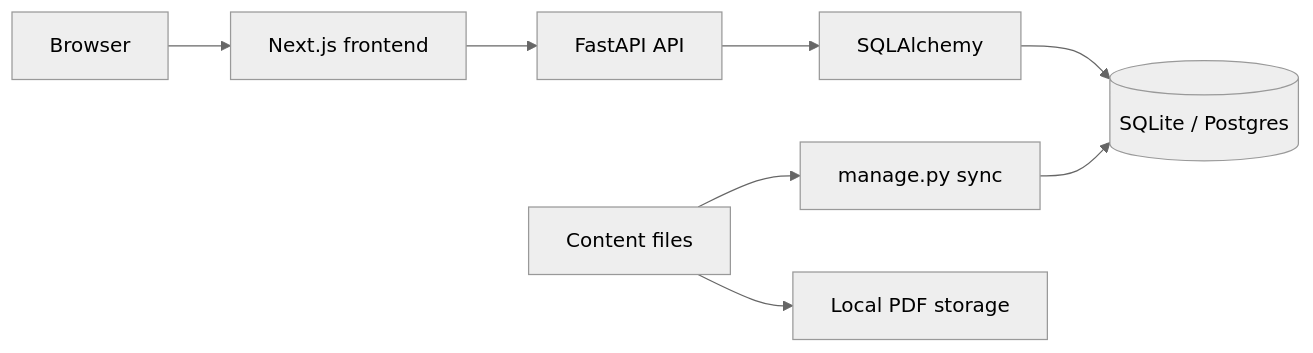
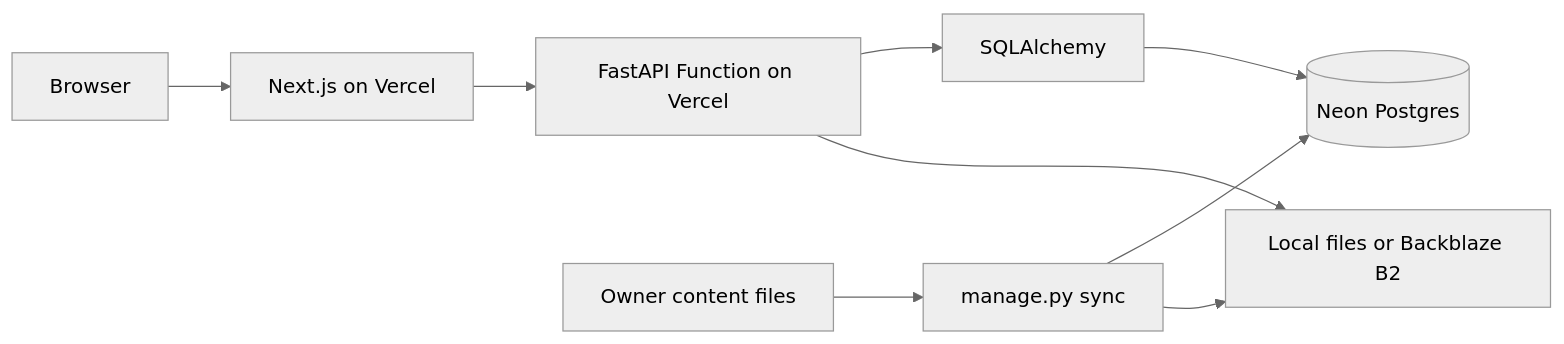
The diagram in docs/architecture.md (saptadeep12/NotesNest), drawn with Mermaid (neutral theme) before and after one commit. The commit also changed other lines of this file and 18 other files, not shown here.

First line of the commit message:
feat: restore deployment support and add Backblaze B2 storage

````diff
--- a/docs/architecture.md
+++ b/docs/architecture.md
@@ -11,10 +11,11 @@
 ```mermaid
 flowchart LR
-    browser[Browser] --> next[Next.js frontend]
-    next --> api[FastAPI API]
+    browser[Browser] --> next[Next.js on Vercel]
+    next --> api[FastAPI Function on Vercel]
     api --> sqlalchemy[SQLAlchemy]
-    sqlalchemy --> db[(SQLite / Postgres)]
-    files[Content files] --> sync[manage.py sync]
+    sqlalchemy --> db[(Neon Postgres)]
+    api --> storage[Local files or Backblaze B2]
+    files[Owner content files] --> sync[manage.py sync]
     sync --> db
-    files --> storage[Local PDF storage]
+    sync --> storage
 ```
````
